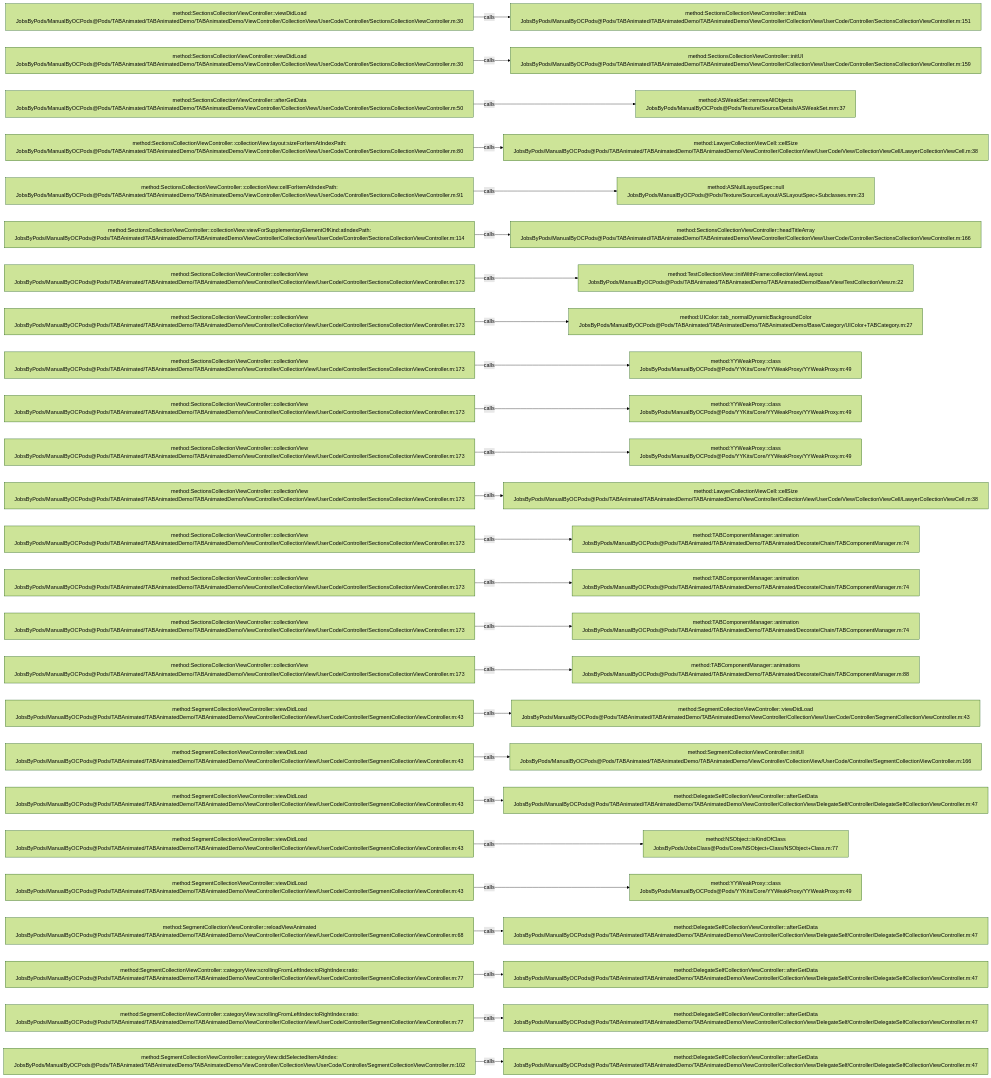
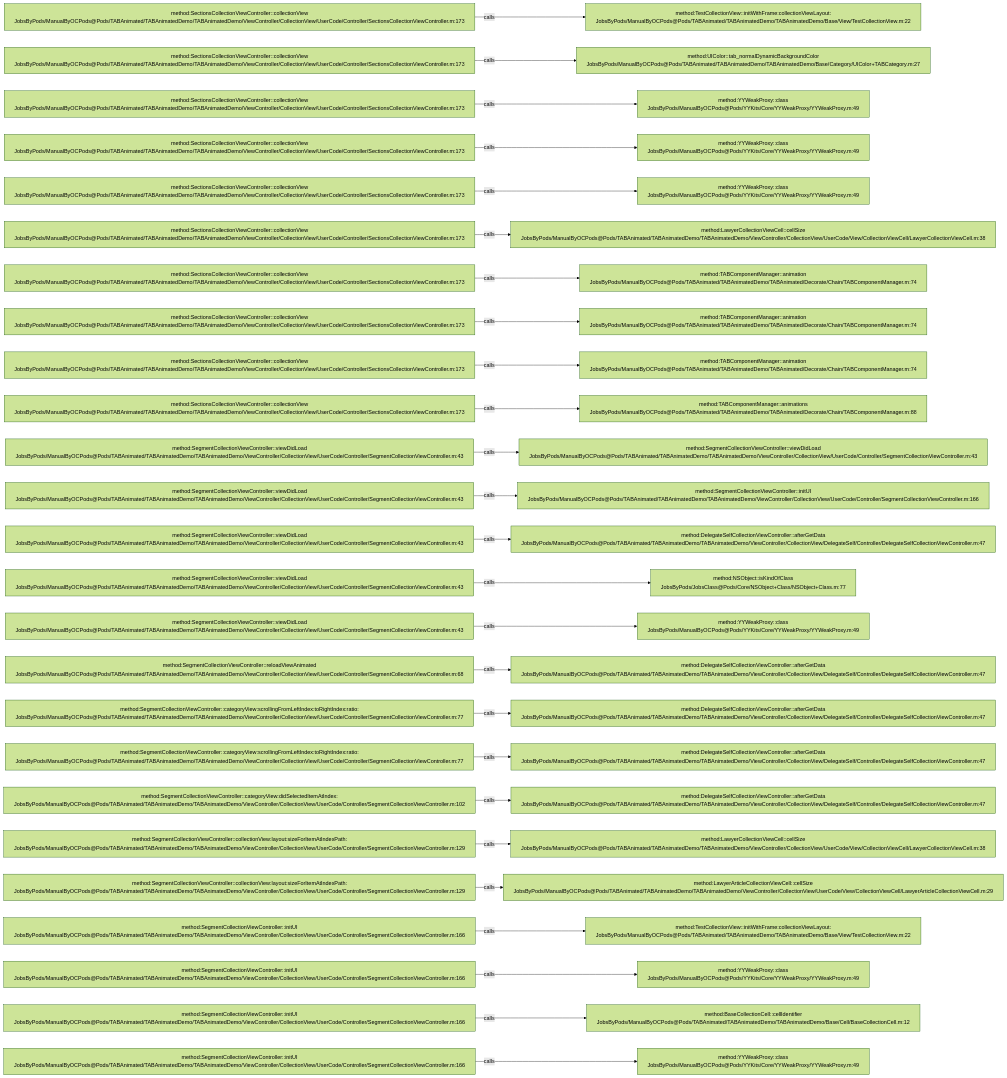
The diagram in .codegraph/codegraph.md/graphs/calls-043.md (JobsKits/JobsOCBaseConfigDemo), drawn with Mermaid (forest theme) before and after one commit. The commit also changed 666 other files, not shown here.

````diff
--- a/.codegraph/codegraph.md/graphs/calls-043.md
+++ b/.codegraph/codegraph.md/graphs/calls-043.md
@@ -13,78 +13,78 @@
 ```mermaid
 flowchart LR
-  S1["method:SectionsCollectionViewController::viewDidLoad<br/>JobsByPods/ManualByOCPods@Pods/TABAnimated/TABAnimatedDemo/TABAnimatedDemo/ViewController/CollectionView/UserCode/Controller/SectionsCollectionViewController.m:30"]
-  T1["method:SectionsCollectionViewController::initData<br/>JobsByPods/ManualByOCPods@Pods/TABAnimated/TABAnimatedDemo/TABAnimatedDemo/ViewController/CollectionView/UserCode/Controller/SectionsCollectionViewController.m:151"]
+  S1["method:SectionsCollectionViewController::collectionView<br/>JobsByPods/ManualByOCPods@Pods/TABAnimated/TABAnimatedDemo/TABAnimatedDemo/ViewController/CollectionView/UserCode/Controller/SectionsCollectionViewController.m:173"]
+  T1["method:TestCollectionView::initWithFrame:collectionViewLayout:<br/>JobsByPods/ManualByOCPods@Pods/TABAnimated/TABAnimatedDemo/TABAnimatedDemo/Base/View/TestCollectionView.m:22"]
   S1 -->|calls| T1
-  S2["method:SectionsCollectionViewController::viewDidLoad<br/>JobsByPods/ManualByOCPods@Pods/TABAnimated/TABAnimatedDemo/TABAnimatedDemo/ViewController/CollectionView/UserCode/Controller/SectionsCollectionViewController.m:30"]
-  T2["method:SectionsCollectionViewController::initUI<br/>JobsByPods/ManualByOCPods@Pods/TABAnimated/TABAnimatedDemo/TABAnimatedDemo/ViewController/CollectionView/UserCode/Controller/SectionsCollectionViewController.m:159"]
+  S2["method:SectionsCollectionViewController::collectionView<br/>JobsByPods/ManualByOCPods@Pods/TABAnimated/TABAnimatedDemo/TABAnimatedDemo/ViewController/CollectionView/UserCode/Controller/SectionsCollectionViewController.m:173"]
+  T2["method:UIColor::tab_normalDynamicBackgroundColor<br/>JobsByPods/ManualByOCPods@Pods/TABAnimated/TABAnimatedDemo/TABAnimatedDemo/Base/Category/UIColor+TABCategory.m:27"]
   S2 -->|calls| T2
-  S3["method:SectionsCollectionViewController::afterGetData<br/>JobsByPods/ManualByOCPods@Pods/TABAnimated/TABAnimatedDemo/TABAnimatedDemo/ViewController/CollectionView/UserCode/Controller/SectionsCollectionViewController.m:50"]
-  T3["method:ASWeakSet::removeAllObjects<br/>JobsByPods/ManualByOCPods@Pods/Texture/Source/Details/ASWeakSet.mm:37"]
+  S3["method:SectionsCollectionViewController::collectionView<br/>JobsByPods/ManualByOCPods@Pods/TABAnimated/TABAnimatedDemo/TABAnimatedDemo/ViewController/CollectionView/UserCode/Controller/SectionsCollectionViewController.m:173"]
+  T3["method:YYWeakProxy::class<br/>JobsByPods/ManualByOCPods@Pods/YYKits/Core/YYWeakProxy/YYWeakProxy.m:49"]
   S3 -->|calls| T3
-  S4["method:SectionsCollectionViewController::collectionView:layout:sizeForItemAtIndexPath:<br/>JobsByPods/ManualByOCPods@Pods/TABAnimated/TABAnimatedDemo/TABAnimatedDemo/ViewController/CollectionView/UserCode/Controller/SectionsCollectionViewController.m:80"]
-  T4["method:LawyerCollectionViewCell::cellSize<br/>JobsByPods/ManualByOCPods@Pods/TABAnimated/TABAnimatedDemo/TABAnimatedDemo/ViewController/CollectionView/UserCode/View/CollectionViewCell/LawyerCollectionViewCell.m:38"]
+  S4["method:SectionsCollectionViewController::collectionView<br/>JobsByPods/ManualByOCPods@Pods/TABAnimated/TABAnimatedDemo/TABAnimatedDemo/ViewController/CollectionView/UserCode/Controller/SectionsCollectionViewController.m:173"]
+  T4["method:YYWeakProxy::class<br/>JobsByPods/ManualByOCPods@Pods/YYKits/Core/YYWeakProxy/YYWeakProxy.m:49"]
   S4 -->|calls| T4
-  S5["method:SectionsCollectionViewController::collectionView:cellForItemAtIndexPath:<br/>JobsByPods/ManualByOCPods@Pods/TABAnimated/TABAnimatedDemo/TABAnimatedDemo/ViewController/CollectionView/UserCode/Controller/SectionsCollectionViewController.m:91"]
-  T5["method:ASNullLayoutSpec::null<br/>JobsByPods/ManualByOCPods@Pods/Texture/Source/Layout/ASLayoutSpec+Subclasses.mm:23"]
+  S5["method:SectionsCollectionViewController::collectionView<br/>JobsByPods/ManualByOCPods@Pods/TABAnimated/TABAnimatedDemo/TABAnimatedDemo/ViewController/CollectionView/UserCode/Controller/SectionsCollectionViewController.m:173"]
+  T5["method:YYWeakProxy::class<br/>JobsByPods/ManualByOCPods@Pods/YYKits/Core/YYWeakProxy/YYWeakProxy.m:49"]
   S5 -->|calls| T5
-  S6["method:SectionsCollectionViewController::collectionView:viewForSupplementaryElementOfKind:atIndexPath:<br/>JobsByPods/ManualByOCPods@Pods/TABAnimated/TABAnimatedDemo/TABAnimatedDemo/ViewController/CollectionView/UserCode/Controller/SectionsCollectionViewController.m:114"]
-  T6["method:SectionsCollectionViewController::headTitleArray<br/>JobsByPods/ManualByOCPods@Pods/TABAnimated/TABAnimatedDemo/TABAnimatedDemo/ViewController/CollectionView/UserCode/Controller/SectionsCollectionViewController.m:166"]
+  S6["method:SectionsCollectionViewController::collectionView<br/>JobsByPods/ManualByOCPods@Pods/TABAnimated/TABAnimatedDemo/TABAnimatedDemo/ViewController/CollectionView/UserCode/Controller/SectionsCollectionViewController.m:173"]
+  T6["method:LawyerCollectionViewCell::cellSize<br/>JobsByPods/ManualByOCPods@Pods/TABAnimated/TABAnimatedDemo/TABAnimatedDemo/ViewController/CollectionView/UserCode/View/CollectionViewCell/LawyerCollectionViewCell.m:38"]
   S6 -->|calls| T6
   S7["method:SectionsCollectionViewController::collectionView<br/>JobsByPods/ManualByOCPods@Pods/TABAnimated/TABAnimatedDemo/TABAnimatedDemo/ViewController/CollectionView/UserCode/Controller/SectionsCollectionViewController.m:173"]
-  T7["method:TestCollectionView::initWithFrame:collectionViewLayout:<br/>JobsByPods/ManualByOCPods@Pods/TABAnimated/TABAnimatedDemo/TABAnimatedDemo/Base/View/TestCollectionView.m:22"]
+  T7["method:TABComponentManager::animation<br/>JobsByPods/ManualByOCPods@Pods/TABAnimated/TABAnimatedDemo/TABAnimated/Decorate/Chain/TABComponentManager.m:74"]
   S7 -->|calls| T7
   S8["method:SectionsCollectionViewController::collectionView<br/>JobsByPods/ManualByOCPods@Pods/TABAnimated/TABAnimatedDemo/TABAnimatedDemo/ViewController/CollectionView/UserCode/Controller/SectionsCollectionViewController.m:173"]
-  T8["method:UIColor::tab_normalDynamicBackgroundColor<br/>JobsByPods/ManualByOCPods@Pods/TABAnimated/TABAnimatedDemo/TABAnimatedDemo/Base/Category/UIColor+TABCategory.m:27"]
+  T8["method:TABComponentManager::animation<br/>JobsByPods/ManualByOCPods@Pods/TABAnimated/TABAnimatedDemo/TABAnimated/Decorate/Chain/TABComponentManager.m:74"]
   S8 -->|calls| T8
   S9["method:SectionsCollectionViewController::collectionView<br/>JobsByPods/ManualByOCPods@Pods/TABAnimated/TABAnimatedDemo/TABAnimatedDemo/ViewController/CollectionView/UserCode/Controller/SectionsCollectionViewController.m:173"]
-  T9["method:YYWeakProxy::class<br/>JobsByPods/ManualByOCPods@Pods/YYKits/Core/YYWeakProxy/YYWeakProxy.m:49"]
+  T9["method:TABComponentManager::animation<br/>JobsByPods/ManualByOCPods@Pods/TABAnimated/TABAnimatedDemo/TABAnimated/Decorate/Chain/TABComponentManager.m:74"]
   S9 -->|calls| T9
   S10["method:SectionsCollectionViewController::collectionView<br/>JobsByPods/ManualByOCPods@Pods/TABAnimated/TABAnimatedDemo/TABAnimatedDemo/ViewController/CollectionView/UserCode/Controller/SectionsCollectionViewController.m:173"]
-  T10["method:YYWeakProxy::class<br/>JobsByPods/ManualByOCPods@Pods/YYKits/Core/YYWeakProxy/YYWeakProxy.m:49"]
+  T10["method:TABComponentManager::animations<br/>JobsByPods/ManualByOCPods@Pods/TABAnimated/TABAnimatedDemo/TABAnimated/Decorate/Chain/TABComponentManager.m:88"]
   S10 -->|calls| T10
-  S11["method:SectionsCollectionViewController::collectionView<br/>JobsByPods/ManualByOCPods@Pods/TABAnimated/TABAnimatedDemo/TABAnimatedDemo/ViewController/CollectionView/UserCode/Controller/SectionsCollectionViewController.m:173"]
-  T11["method:YYWeakProxy::class<br/>JobsByPods/ManualByOCPods@Pods/YYKits/Core/YYWeakProxy/YYWeakProxy.m:49"]
+  S11["method:SegmentCollectionViewController::viewDidLoad<br/>JobsByPods/ManualByOCPods@Pods/TABAnimated/TABAnimatedDemo/TABAnimatedDemo/ViewController/CollectionView/UserCode/Controller/SegmentCollectionViewController.m:43"]
+  T11["method:SegmentCollectionViewController::viewDidLoad<br/>JobsByPods/ManualByOCPods@Pods/TABAnimated/TABAnimatedDemo/TABAnimatedDemo/ViewController/CollectionView/UserCode/Controller/SegmentCollectionViewController.m:43"]
   S11 -->|calls| T11
-  S12["method:SectionsCollectionViewController::collectionView<br/>JobsByPods/ManualByOCPods@Pods/TABAnimated/TABAnimatedDemo/TABAnimatedDemo/ViewController/CollectionView/UserCode/Controller/SectionsCollectionViewController.m:173"]
-  T12["method:LawyerCollectionViewCell::cellSize<br/>JobsByPods/ManualByOCPods@Pods/TABAnimated/TABAnimatedDemo/TABAnimatedDemo/ViewController/CollectionView/UserCode/View/CollectionViewCell/LawyerCollectionViewCell.m:38"]
+  S12["method:SegmentCollectionViewController::viewDidLoad<br/>JobsByPods/ManualByOCPods@Pods/TABAnimated/TABAnimatedDemo/TABAnimatedDemo/ViewController/CollectionView/UserCode/Controller/SegmentCollectionViewController.m:43"]
+  T12["method:SegmentCollectionViewController::initUI<br/>JobsByPods/ManualByOCPods@Pods/TABAnimated/TABAnimatedDemo/TABAnimatedDemo/ViewController/CollectionView/UserCode/Controller/SegmentCollectionViewController.m:166"]
   S12 -->|calls| T12
-  S13["method:SectionsCollectionViewController::collectionView<br/>JobsByPods/ManualByOCPods@Pods/TABAnimated/TABAnimatedDemo/TABAnimatedDemo/ViewController/CollectionView/UserCode/Controller/SectionsCollectionViewController.m:173"]
-  T13["method:TABComponentManager::animation<br/>JobsByPods/ManualByOCPods@Pods/TABAnimated/TABAnimatedDemo/TABAnimated/Decorate/Chain/TABComponentManager.m:74"]
+  S13["method:SegmentCollectionViewController::viewDidLoad<br/>JobsByPods/ManualByOCPods@Pods/TABAnimated/TABAnimatedDemo/TABAnimatedDemo/ViewController/CollectionView/UserCode/Controller/SegmentCollectionViewController.m:43"]
+  T13["method:DelegateSelfCollectionViewController::afterGetData<br/>JobsByPods/ManualByOCPods@Pods/TABAnimated/TABAnimatedDemo/TABAnimatedDemo/ViewController/CollectionView/DelegateSelf/Controller/DelegateSelfCollectionViewController.m:47"]
   S13 -->|calls| T13
-  S14["method:SectionsCollectionViewController::collectionView<br/>JobsByPods/ManualByOCPods@Pods/TABAnimated/TABAnimatedDemo/TABAnimatedDemo/ViewController/CollectionView/UserCode/Controller/SectionsCollectionViewController.m:173"]
-  T14["method:TABComponentManager::animation<br/>JobsByPods/ManualByOCPods@Pods/TABAnimated/TABAnimatedDemo/TABAnimated/Decorate/Chain/TABComponentManager.m:74"]
+  S14["method:SegmentCollectionViewController::viewDidLoad<br/>JobsByPods/ManualByOCPods@Pods/TABAnimated/TABAnimatedDemo/TABAnimatedDemo/ViewController/CollectionView/UserCode/Controller/SegmentCollectionViewController.m:43"]
+  T14["method:NSObject::isKindOfClass<br/>JobsByPods/JobsClass@Pods/Core/NSObject+Class/NSObject+Class.m:77"]
   S14 -->|calls| T14
-  S15["method:SectionsCollectionViewController::collectionView<br/>JobsByPods/ManualByOCPods@Pods/TABAnimated/TABAnimatedDemo/TABAnimatedDemo/ViewController/CollectionView/UserCode/Controller/SectionsCollectionViewController.m:173"]
-  T15["method:TABComponentManager::animation<br/>JobsByPods/ManualByOCPods@Pods/TABAnimated/TABAnimatedDemo/TABAnimated/Decorate/Chain/TABComponentManager.m:74"]
+  S15["method:SegmentCollectionViewController::viewDidLoad<br/>JobsByPods/ManualByOCPods@Pods/TABAnimated/TABAnimatedDemo/TABAnimatedDemo/ViewController/CollectionView/UserCode/Controller/SegmentCollectionViewController.m:43"]
+  T15["method:YYWeakProxy::class<br/>JobsByPods/ManualByOCPods@Pods/YYKits/Core/YYWeakProxy/YYWeakProxy.m:49"]
   S15 -->|calls| T15
-  S16["method:SectionsCollectionViewController::collectionView<br/>JobsByPods/ManualByOCPods@Pods/TABAnimated/TABAnimatedDemo/TABAnimatedDemo/ViewController/CollectionView/UserCode/Controller/SectionsCollectionViewController.m:173"]
-  T16["method:TABComponentManager::animations<br/>JobsByPods/ManualByOCPods@Pods/TABAnimated/TABAnimatedDemo/TABAnimated/Decorate/Chain/TABComponentManager.m:88"]
+  S16["method:SegmentCollectionViewController::reloadViewAnimated<br/>JobsByPods/ManualByOCPods@Pods/TABAnimated/TABAnimatedDemo/TABAnimatedDemo/ViewController/CollectionView/UserCode/Controller/SegmentCollectionViewController.m:68"]
+  T16["method:DelegateSelfCollectionViewController::afterGetData<br/>JobsByPods/ManualByOCPods@Pods/TABAnimated/TABAnimatedDemo/TABAnimatedDemo/ViewController/CollectionView/DelegateSelf/Controller/DelegateSelfCollectionViewController.m:47"]
   S16 -->|calls| T16
-  S17["method:SegmentCollectionViewController::viewDidLoad<br/>JobsByPods/ManualByOCPods@Pods/TABAnimated/TABAnimatedDemo/TABAnimatedDemo/ViewController/CollectionView/UserCode/Controller/SegmentCollectionViewController.m:43"]
-  T17["method:SegmentCollectionViewController::viewDidLoad<br/>JobsByPods/ManualByOCPods@Pods/TABAnimated/TABAnimatedDemo/TABAnimatedDemo/ViewController/CollectionView/UserCode/Controller/SegmentCollectionViewController.m:43"]
+  S17["method:SegmentCollectionViewController::categoryView:scrollingFromLeftIndex:toRightIndex:ratio:<br/>JobsByPods/ManualByOCPods@Pods/TABAnimated/TABAnimatedDemo/TABAnimatedDemo/ViewController/CollectionView/UserCode/Controller/SegmentCollectionViewController.m:77"]
+  T17["method:DelegateSelfCollectionViewController::afterGetData<br/>JobsByPods/ManualByOCPods@Pods/TABAnimated/TABAnimatedDemo/TABAnimatedDemo/ViewController/CollectionView/DelegateSelf/Controller/DelegateSelfCollectionViewController.m:47"]
   S17 -->|calls| T17
-  S18["method:SegmentCollectionViewController::viewDidLoad<br/>JobsByPods/ManualByOCPods@Pods/TABAnimated/TABAnimatedDemo/TABAnimatedDemo/ViewController/CollectionView/UserCode/Controller/SegmentCollectionViewController.m:43"]
-  T18["method:SegmentCollectionViewController::initUI<br/>JobsByPods/ManualByOCPods@Pods/TABAnimated/TABAnimatedDemo/TABAnimatedDemo/ViewController/CollectionView/UserCode/Controller/SegmentCollectionViewController.m:166"]
+  S18["method:SegmentCollectionViewController::categoryView:scrollingFromLeftIndex:toRightIndex:ratio:<br/>JobsByPods/ManualByOCPods@Pods/TABAnimated/TABAnimatedDemo/TABAnimatedDemo/ViewController/CollectionView/UserCode/Controller/SegmentCollectionViewController.m:77"]
+  T18["method:DelegateSelfCollectionViewController::afterGetData<br/>JobsByPods/ManualByOCPods@Pods/TABAnimated/TABAnimatedDemo/TABAnimatedDemo/ViewController/CollectionView/DelegateSelf/Controller/DelegateSelfCollectionViewController.m:47"]
   S18 -->|calls| T18
-  S19["method:SegmentCollectionViewController::viewDidLoad<br/>JobsByPods/ManualByOCPods@Pods/TABAnimated/TABAnimatedDemo/TABAnimatedDemo/ViewController/CollectionView/UserCode/Controller/SegmentCollectionViewController.m:43"]
+  S19["method:SegmentCollectionViewController::categoryView:didSelectedItemAtIndex:<br/>JobsByPods/ManualByOCPods@Pods/TABAnimated/TABAnimatedDemo/TABAnimatedDemo/ViewController/CollectionView/UserCode/Controller/SegmentCollectionViewController.m:102"]
   T19["method:DelegateSelfCollectionViewController::afterGetData<br/>JobsByPods/ManualByOCPods@Pods/TABAnimated/TABAnimatedDemo/TABAnimatedDemo/ViewController/CollectionView/DelegateSelf/Controller/DelegateSelfCollectionViewController.m:47"]
   S19 -->|calls| T19
-  S20["method:SegmentCollectionViewController::viewDidLoad<br/>JobsByPods/ManualByOCPods@Pods/TABAnimated/TABAnimatedDemo/TABAnimatedDemo/ViewController/CollectionView/UserCode/Controller/SegmentCollectionViewController.m:43"]
-  T20["method:NSObject::isKindOfClass<br/>JobsByPods/JobsClass@Pods/Core/NSObject+Class/NSObject+Class.m:77"]
+  S20["method:SegmentCollectionViewController::collectionView:layout:sizeForItemAtIndexPath:<br/>JobsByPods/ManualByOCPods@Pods/TABAnimated/TABAnimatedDemo/TABAnimatedDemo/ViewController/CollectionView/UserCode/Controller/SegmentCollectionViewController.m:129"]
+  T20["method:LawyerCollectionViewCell::cellSize<br/>JobsByPods/ManualByOCPods@Pods/TABAnimated/TABAnimatedDemo/TABAnimatedDemo/ViewController/CollectionView/UserCode/View/CollectionViewCell/LawyerCollectionViewCell.m:38"]
   S20 -->|calls| T20
-  S21["method:SegmentCollectionViewController::viewDidLoad<br/>JobsByPods/ManualByOCPods@Pods/TABAnimated/TABAnimatedDemo/TABAnimatedDemo/ViewController/CollectionView/UserCode/Controller/SegmentCollectionViewController.m:43"]
-  T21["method:YYWeakProxy::class<br/>JobsByPods/ManualByOCPods@Pods/YYKits/Core/YYWeakProxy/YYWeakProxy.m:49"]
+  S21["method:SegmentCollectionViewController::collectionView:layout:sizeForItemAtIndexPath:<br/>JobsByPods/ManualByOCPods@Pods/TABAnimated/TABAnimatedDemo/TABAnimatedDemo/ViewController/CollectionView/UserCode/Controller/SegmentCollectionViewController.m:129"]
+  T21["method:LawyerArticleCollectionViewCell::cellSize<br/>JobsByPods/ManualByOCPods@Pods/TABAnimated/TABAnimatedDemo/TABAnimatedDemo/ViewController/CollectionView/UserCode/View/CollectionViewCell/LawyerArticleCollectionViewCell.m:29"]
   S21 -->|calls| T21
-  S22["method:SegmentCollectionViewController::reloadViewAnimated<br/>JobsByPods/ManualByOCPods@Pods/TABAnimated/TABAnimatedDemo/TABAnimatedDemo/ViewController/CollectionView/UserCode/Controller/SegmentCollectionViewController.m:68"]
-  T22["method:DelegateSelfCollectionViewController::afterGetData<br/>JobsByPods/ManualByOCPods@Pods/TABAnimated/TABAnimatedDemo/TABAnimatedDemo/ViewController/CollectionView/DelegateSelf/Controller/DelegateSelfCollectionViewController.m:47"]
+  S22["method:SegmentCollectionViewController::initUI<br/>JobsByPods/ManualByOCPods@Pods/TABAnimated/TABAnimatedDemo/TABAnimatedDemo/ViewController/CollectionView/UserCode/Controller/SegmentCollectionViewController.m:166"]
+  T22["method:TestCollectionView::initWithFrame:collectionViewLayout:<br/>JobsByPods/ManualByOCPods@Pods/TABAnimated/TABAnimatedDemo/TABAnimatedDemo/Base/View/TestCollectionView.m:22"]
   S22 -->|calls| T22
-  S23["method:SegmentCollectionViewController::categoryView:scrollingFromLeftIndex:toRightIndex:ratio:<br/>JobsByPods/ManualByOCPods@Pods/TABAnimated/TABAnimatedDemo/TABAnimatedDemo/ViewController/CollectionView/UserCode/Controller/SegmentCollectionViewController.m:77"]
-  T23["method:DelegateSelfCollectionViewController::afterGetData<br/>JobsByPods/ManualByOCPods@Pods/TABAnimated/TABAnimatedDemo/TABAnimatedDemo/ViewController/CollectionView/DelegateSelf/Controller/DelegateSelfCollectionViewController.m:47"]
+  S23["method:SegmentCollectionViewController::initUI<br/>JobsByPods/ManualByOCPods@Pods/TABAnimated/TABAnimatedDemo/TABAnimatedDemo/ViewController/CollectionView/UserCode/Controller/SegmentCollectionViewController.m:166"]
+  T23["method:YYWeakProxy::class<br/>JobsByPods/ManualByOCPods@Pods/YYKits/Core/YYWeakProxy/YYWeakProxy.m:49"]
   S23 -->|calls| T23
-  S24["method:SegmentCollectionViewController::categoryView:scrollingFromLeftIndex:toRightIndex:ratio:<br/>JobsByPods/ManualByOCPods@Pods/TABAnimated/TABAnimatedDemo/TABAnimatedDemo/ViewController/CollectionView/UserCode/Controller/SegmentCollectionViewController.m:77"]
-  T24["method:DelegateSelfCollectionViewController::afterGetData<br/>JobsByPods/ManualByOCPods@Pods/TABAnimated/TABAnimatedDemo/TABAnimatedDemo/ViewController/CollectionView/DelegateSelf/Controller/DelegateSelfCollectionViewController.m:47"]
+  S24["method:SegmentCollectionViewController::initUI<br/>JobsByPods/ManualByOCPods@Pods/TABAnimated/TABAnimatedDemo/TABAnimatedDemo/ViewController/CollectionView/UserCode/Controller/SegmentCollectionViewController.m:166"]
+  T24["method:BaseCollectionCell::cellIdentifier<br/>JobsByPods/ManualByOCPods@Pods/TABAnimated/TABAnimatedDemo/TABAnimatedDemo/Base/Cell/BaseCollectionCell.m:12"]
   S24 -->|calls| T24
-  S25["method:SegmentCollectionViewController::categoryView:didSelectedItemAtIndex:<br/>JobsByPods/ManualByOCPods@Pods/TABAnimated/TABAnimatedDemo/TABAnimatedDemo/ViewController/CollectionView/UserCode/Controller/SegmentCollectionViewController.m:102"]
-  T25["method:DelegateSelfCollectionViewController::afterGetData<br/>JobsByPods/ManualByOCPods@Pods/TABAnimated/TABAnimatedDemo/TABAnimatedDemo/ViewController/CollectionView/DelegateSelf/Controller/DelegateSelfCollectionViewController.m:47"]
+  S25["method:SegmentCollectionViewController::initUI<br/>JobsByPods/ManualByOCPods@Pods/TABAnimated/TABAnimatedDemo/TABAnimatedDemo/ViewController/CollectionView/UserCode/Controller/SegmentCollectionViewController.m:166"]
+  T25["method:YYWeakProxy::class<br/>JobsByPods/ManualByOCPods@Pods/YYKits/Core/YYWeakProxy/YYWeakProxy.m:49"]
   S25 -->|calls| T25
 ```
````
